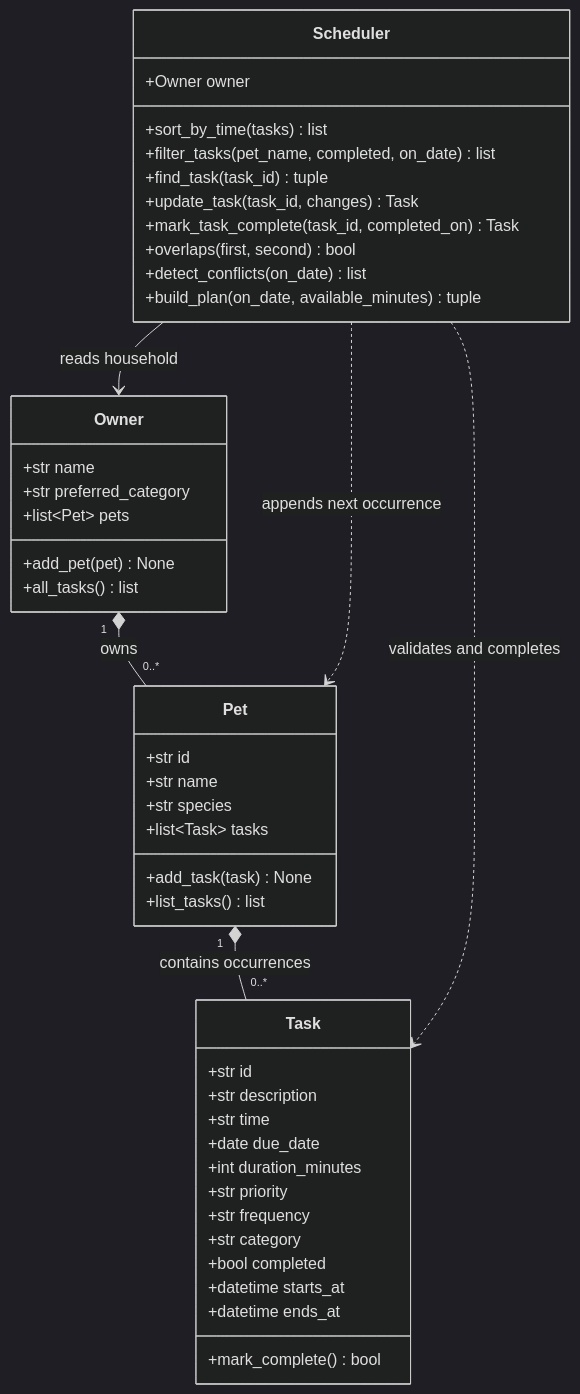
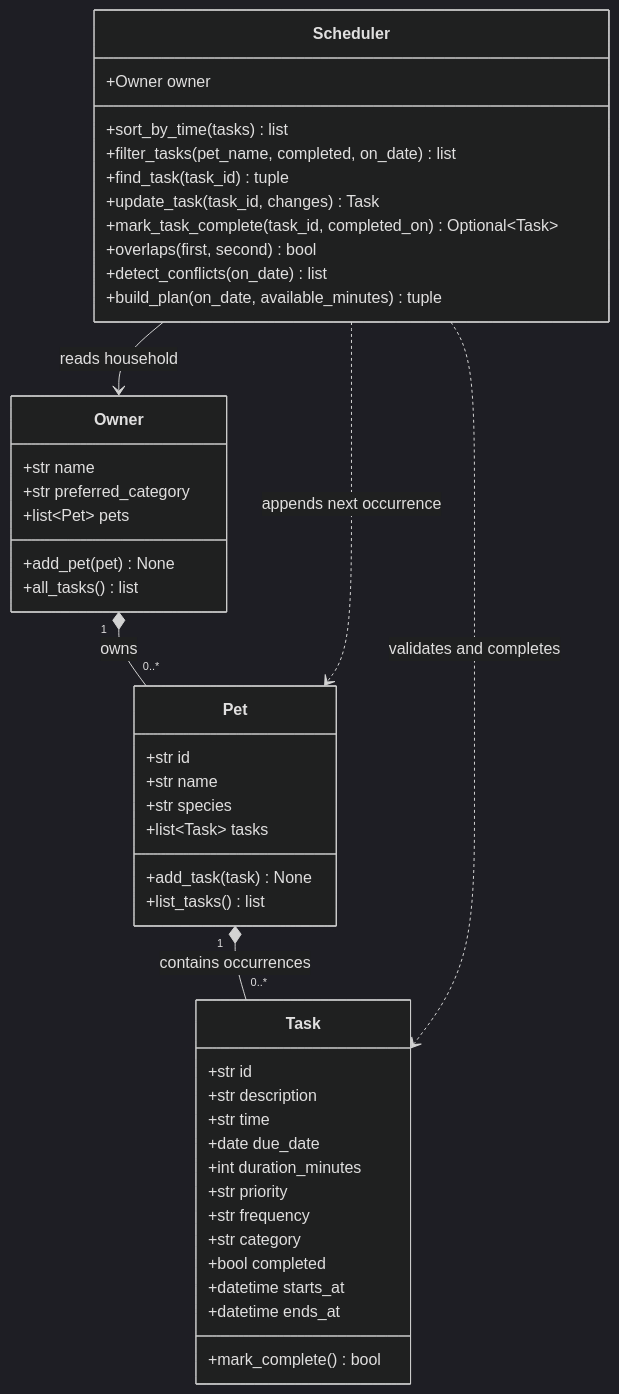
The diagram in diagrams/uml_final.mmd (FurkanSource/ai110-module2show-pawpal-starter), drawn with Mermaid (dark theme) before and after one commit. The commit also changed 14 other files, not shown here.

```diff
--- a/diagrams/uml_final.mmd
+++ b/diagrams/uml_final.mmd
@@ -1,46 +1,46 @@
 classDiagram
     class Task {
         +str id
         +str description
         +str time
         +date due_date
         +int duration_minutes
         +str priority
         +str frequency
         +str category
         +bool completed
         +datetime starts_at
         +datetime ends_at
         +mark_complete() bool
     }
     class Pet {
         +str id
         +str name
         +str species
         +list~Task~ tasks
         +add_task(task) None
         +list_tasks() list
     }
     class Owner {
         +str name
         +str preferred_category
         +list~Pet~ pets
         +add_pet(pet) None
         +all_tasks() list
     }
     class Scheduler {
         +Owner owner
         +sort_by_time(tasks) list
         +filter_tasks(pet_name, completed, on_date) list
         +find_task(task_id) tuple
         +update_task(task_id, changes) Task
-        +mark_task_complete(task_id, completed_on) Task
+        +mark_task_complete(task_id, completed_on) Optional~Task~
         +overlaps(first, second) bool
         +detect_conflicts(on_date) list
         +build_plan(on_date, available_minutes) tuple
     }
     Owner "1" *-- "0..*" Pet : owns
     Pet "1" *-- "0..*" Task : contains occurrences
     Scheduler --> Owner : reads household
     Scheduler ..> Task : validates and completes
     Scheduler ..> Pet : appends next occurrence
```
